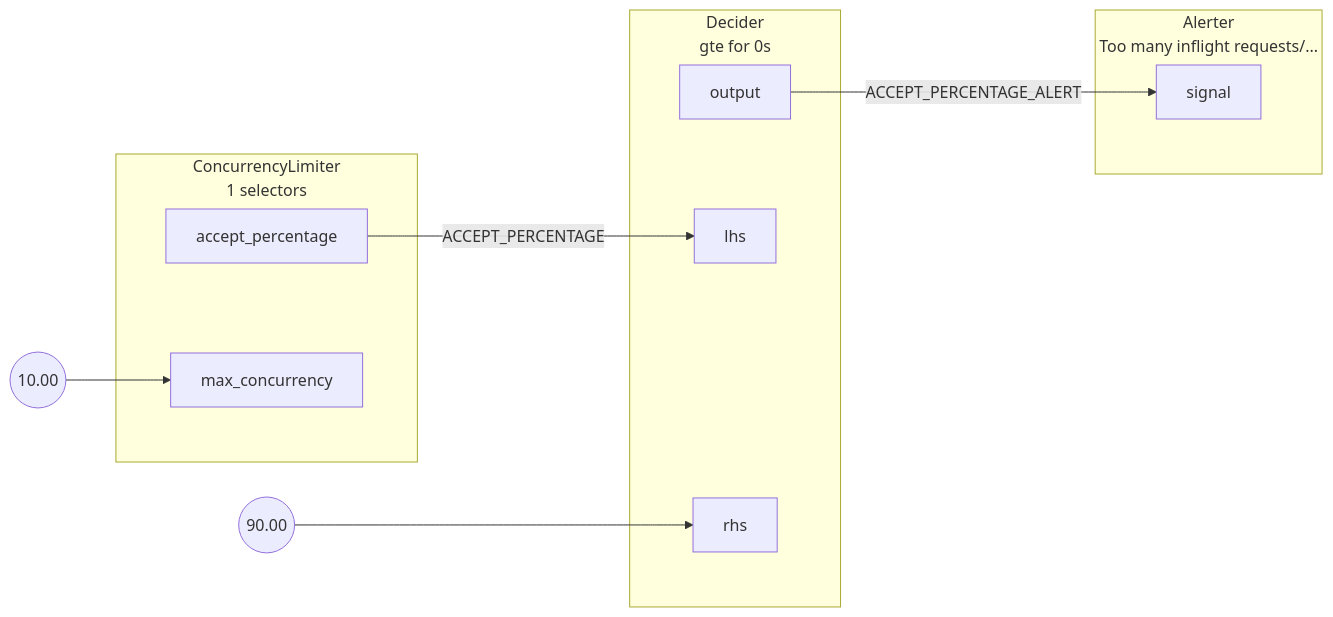
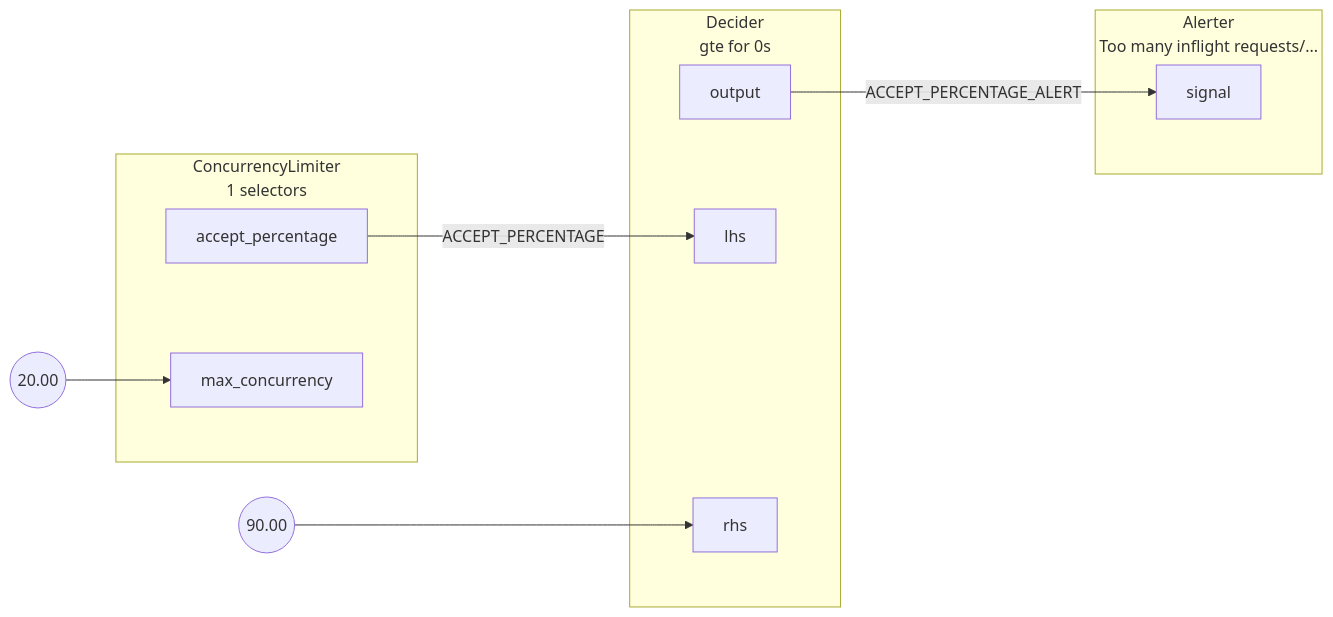
The diagram in docs/content/guides/assets/per-user-concurrency-limiting/graph.mmd (fluxninja/aperture), drawn with Mermaid before and after one commit. The commit also changed 4 other files, not shown here.

```diff
--- a/docs/content/guides/assets/per-user-concurrency-limiting/graph.mmd
+++ b/docs/content/guides/assets/per-user-concurrency-limiting/graph.mmd
@@ -1,34 +1,34 @@
 flowchart LR
 subgraph root.0[<center>ConcurrencyLimiter<br/>1 selectors</center>]
 subgraph root.0_inports[ ]
 style root.0_inports fill:none,stroke:none
 root.0max_concurrency[max_concurrency]
 end
 subgraph root.0_outports[ ]
 style root.0_outports fill:none,stroke:none
 root.0accept_percentage[accept_percentage]
 end
 end
-root.0_max_concurrency_FakeConstantout((10.00))
+root.0_max_concurrency_FakeConstantout((20.00))
 subgraph root.1[<center>Decider<br/>gte for 0s</center>]
 subgraph root.1_inports[ ]
 style root.1_inports fill:none,stroke:none
 root.1lhs[lhs]
 root.1rhs[rhs]
 end
 subgraph root.1_outports[ ]
 style root.1_outports fill:none,stroke:none
 root.1output[output]
 end
 end
 root.1_rhs_FakeConstantout((90.00))
 subgraph root.2[<center>Alerter<br/>Too many inflight requests/...</center>]
 subgraph root.2_inports[ ]
 style root.2_inports fill:none,stroke:none
 root.2signal[signal]
 end
 end
 root.0accept_percentage --> |ACCEPT_PERCENTAGE| root.1lhs
 root.0_max_concurrency_FakeConstantout --> root.0max_concurrency
 root.1output --> |ACCEPT_PERCENTAGE_ALERT| root.2signal
 root.1_rhs_FakeConstantout --> root.1rhs
```
